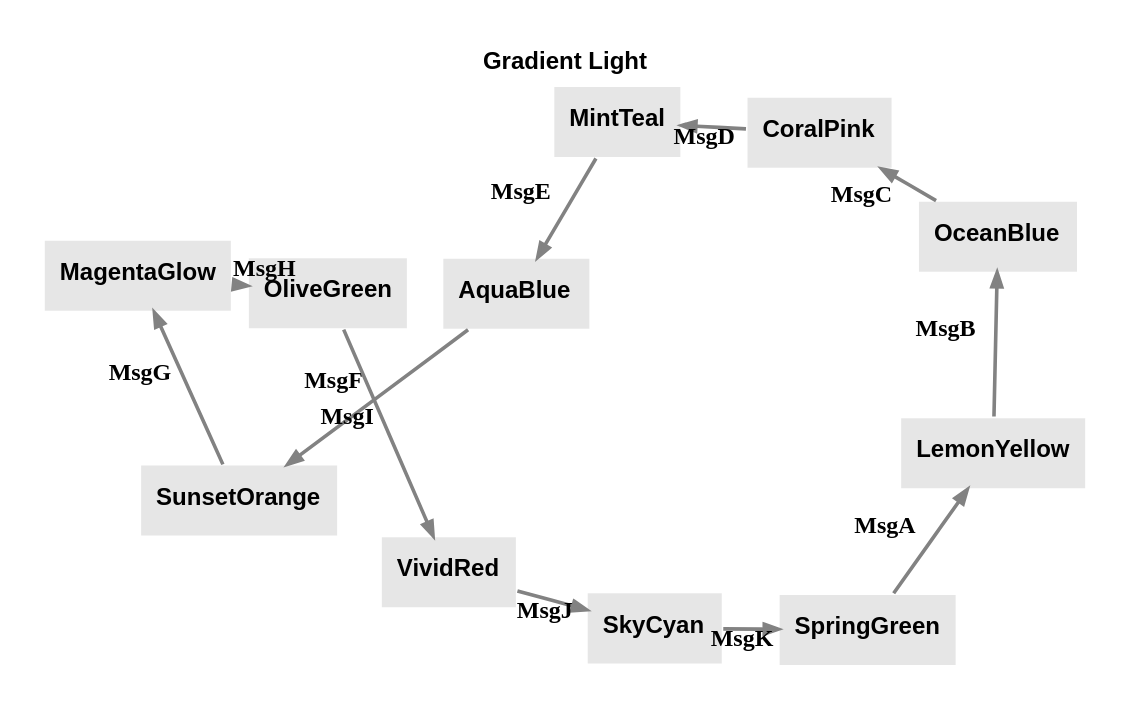
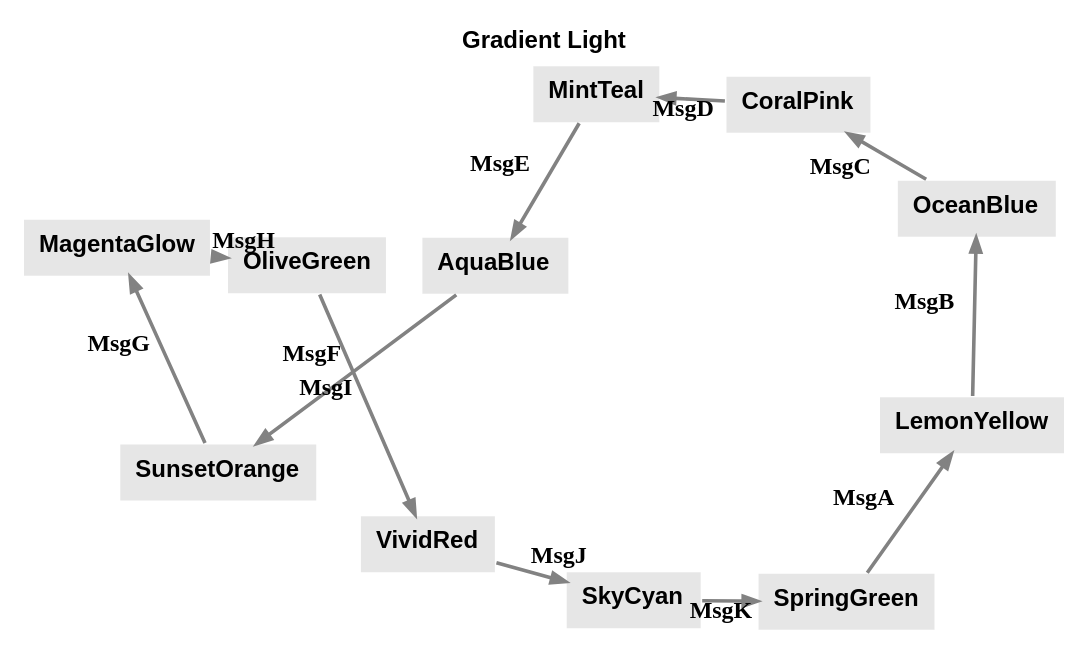
Before and after one commit to m-bock/purescript-transit: the diagram in renders/themes/gradient-light.dot, drawn with Graphviz. The commit also changed 41 other files, not shown here.

Commit message:
Enhance Graphviz integration and update tutorial examples; modify rendering options for various themes, improve state diagram generation for DoorPin and Bridges of Königsberg, and refine documentation for clarity and consistency across examples.

```diff
--- a/renders/themes/gradient-light.dot
+++ b/renders/themes/gradient-light.dot
@@ -1,27 +1,27 @@
 digraph 
 {
-rankdir = "TD";fontname = "Arial";labelloc = "t";fontsize = 12;bgcolor = "#ffffff";color = "#000000";fontcolor = "#000000";pad = 0.2;label = <<b>Gradient Light</b>>
+rankdir = "TD";fontname = "Arial";labelloc = "t";fontsize = 12.0;bgcolor = "#ffffff";color = "#000000";fontcolor = "#000000";label = <<b>Gradient Light</b>>
 graph [layout=sfdp;overlap=false, K=2.5, repulsiveforce=4, splines=true];
-SpringGreen [shape = "box", label = <<b>SpringGreen</b>>, fontsize = 12, style = "filled", fillcolor = "#e6e6e6", fontcolor = "#000000", color = "#ffffff", fontname = "Arial", labelloc = "c", penwidth = 1.0]
-SpringGreen -> LemonYellow [color = "#828282", fontcolor = "#000000", fontsize = 12, arrowsize = "0.7", label = <<b>MsgA</b>>, penwidth = 1.8]
-LemonYellow [shape = "box", label = <<b>LemonYellow</b>>, fontsize = 12, style = "filled", fillcolor = "#e6e6e6", fontcolor = "#000000", color = "#ffffff", fontname = "Arial", labelloc = "c", penwidth = 1.0]
-LemonYellow -> OceanBlue [color = "#828282", fontcolor = "#000000", fontsize = 12, arrowsize = "0.7", label = <<b>MsgB</b>>, penwidth = 1.8]
-OceanBlue [shape = "box", label = <<b>OceanBlue</b>>, fontsize = 12, style = "filled", fillcolor = "#e6e6e6", fontcolor = "#000000", color = "#ffffff", fontname = "Arial", labelloc = "c", penwidth = 1.0]
-OceanBlue -> CoralPink [color = "#828282", fontcolor = "#000000", fontsize = 12, arrowsize = "0.7", label = <<b>MsgC</b>>, penwidth = 1.8]
-CoralPink [shape = "box", label = <<b>CoralPink</b>>, fontsize = 12, style = "filled", fillcolor = "#e6e6e6", fontcolor = "#000000", color = "#ffffff", fontname = "Arial", labelloc = "c", penwidth = 1.0]
-CoralPink -> MintTeal [color = "#828282", fontcolor = "#000000", fontsize = 12, arrowsize = "0.7", label = <<b>MsgD</b>>, penwidth = 1.8]
-MintTeal [shape = "box", label = <<b>MintTeal</b>>, fontsize = 12, style = "filled", fillcolor = "#e6e6e6", fontcolor = "#000000", color = "#ffffff", fontname = "Arial", labelloc = "c", penwidth = 1.0]
-MintTeal -> AquaBlue [color = "#828282", fontcolor = "#000000", fontsize = 12, arrowsize = "0.7", label = <<b>MsgE</b>>, penwidth = 1.8]
-AquaBlue [shape = "box", label = <<b>AquaBlue</b>>, fontsize = 12, style = "filled", fillcolor = "#e6e6e6", fontcolor = "#000000", color = "#ffffff", fontname = "Arial", labelloc = "c", penwidth = 1.0]
-AquaBlue -> SunsetOrange [color = "#828282", fontcolor = "#000000", fontsize = 12, arrowsize = "0.7", label = <<b>MsgF</b>>, penwidth = 1.8]
-SunsetOrange [shape = "box", label = <<b>SunsetOrange</b>>, fontsize = 12, style = "filled", fillcolor = "#e6e6e6", fontcolor = "#000000", color = "#ffffff", fontname = "Arial", labelloc = "c", penwidth = 1.0]
-SunsetOrange -> MagentaGlow [color = "#828282", fontcolor = "#000000", fontsize = 12, arrowsize = "0.7", label = <<b>MsgG</b>>, penwidth = 1.8]
-MagentaGlow [shape = "box", label = <<b>MagentaGlow</b>>, fontsize = 12, style = "filled", fillcolor = "#e6e6e6", fontcolor = "#000000", color = "#ffffff", fontname = "Arial", labelloc = "c", penwidth = 1.0]
-MagentaGlow -> OliveGreen [color = "#828282", fontcolor = "#000000", fontsize = 12, arrowsize = "0.7", label = <<b>MsgH</b>>, penwidth = 1.8]
-OliveGreen [shape = "box", label = <<b>OliveGreen</b>>, fontsize = 12, style = "filled", fillcolor = "#e6e6e6", fontcolor = "#000000", color = "#ffffff", fontname = "Arial", labelloc = "c", penwidth = 1.0]
-OliveGreen -> VividRed [color = "#828282", fontcolor = "#000000", fontsize = 12, arrowsize = "0.7", label = <<b>MsgI</b>>, penwidth = 1.8]
-VividRed [shape = "box", label = <<b>VividRed</b>>, fontsize = 12, style = "filled", fillcolor = "#e6e6e6", fontcolor = "#000000", color = "#ffffff", fontname = "Arial", labelloc = "c", penwidth = 1.0]
-VividRed -> SkyCyan [color = "#828282", fontcolor = "#000000", fontsize = 12, arrowsize = "0.7", label = <<b>MsgJ</b>>, penwidth = 1.8]
-SkyCyan [shape = "box", label = <<b>SkyCyan</b>>, fontsize = 12, style = "filled", fillcolor = "#e6e6e6", fontcolor = "#000000", color = "#ffffff", fontname = "Arial", labelloc = "c", penwidth = 1.0]
-SkyCyan -> SpringGreen [color = "#828282", fontcolor = "#000000", fontsize = 12, arrowsize = "0.7", label = <<b>MsgK</b>>, penwidth = 1.8]
+SpringGreen [shape = "box", label = <<b>SpringGreen</b>>, fontsize = 12.0, style = "filled", fillcolor = "#e6e6e6", fontcolor = "#000000", color = "#ffffff", fontname = "Arial", labelloc = "c", penwidth = 1.0, height = 0.4]
+SpringGreen -> LemonYellow [color = "#828282", fontcolor = "#000000", fontsize = 12.0, arrowsize = "0.7", label = <<b>MsgA</b>>, penwidth = 1.8]
+LemonYellow [shape = "box", label = <<b>LemonYellow</b>>, fontsize = 12.0, style = "filled", fillcolor = "#e6e6e6", fontcolor = "#000000", color = "#ffffff", fontname = "Arial", labelloc = "c", penwidth = 1.0, height = 0.4]
+LemonYellow -> OceanBlue [color = "#828282", fontcolor = "#000000", fontsize = 12.0, arrowsize = "0.7", label = <<b>MsgB</b>>, penwidth = 1.8]
+OceanBlue [shape = "box", label = <<b>OceanBlue</b>>, fontsize = 12.0, style = "filled", fillcolor = "#e6e6e6", fontcolor = "#000000", color = "#ffffff", fontname = "Arial", labelloc = "c", penwidth = 1.0, height = 0.4]
+OceanBlue -> CoralPink [color = "#828282", fontcolor = "#000000", fontsize = 12.0, arrowsize = "0.7", label = <<b>MsgC</b>>, penwidth = 1.8]
+CoralPink [shape = "box", label = <<b>CoralPink</b>>, fontsize = 12.0, style = "filled", fillcolor = "#e6e6e6", fontcolor = "#000000", color = "#ffffff", fontname = "Arial", labelloc = "c", penwidth = 1.0, height = 0.4]
+CoralPink -> MintTeal [color = "#828282", fontcolor = "#000000", fontsize = 12.0, arrowsize = "0.7", label = <<b>MsgD</b>>, penwidth = 1.8]
+MintTeal [shape = "box", label = <<b>MintTeal</b>>, fontsize = 12.0, style = "filled", fillcolor = "#e6e6e6", fontcolor = "#000000", color = "#ffffff", fontname = "Arial", labelloc = "c", penwidth = 1.0, height = 0.4]
+MintTeal -> AquaBlue [color = "#828282", fontcolor = "#000000", fontsize = 12.0, arrowsize = "0.7", label = <<b>MsgE</b>>, penwidth = 1.8]
+AquaBlue [shape = "box", label = <<b>AquaBlue</b>>, fontsize = 12.0, style = "filled", fillcolor = "#e6e6e6", fontcolor = "#000000", color = "#ffffff", fontname = "Arial", labelloc = "c", penwidth = 1.0, height = 0.4]
+AquaBlue -> SunsetOrange [color = "#828282", fontcolor = "#000000", fontsize = 12.0, arrowsize = "0.7", label = <<b>MsgF</b>>, penwidth = 1.8]
+SunsetOrange [shape = "box", label = <<b>SunsetOrange</b>>, fontsize = 12.0, style = "filled", fillcolor = "#e6e6e6", fontcolor = "#000000", color = "#ffffff", fontname = "Arial", labelloc = "c", penwidth = 1.0, height = 0.4]
+SunsetOrange -> MagentaGlow [color = "#828282", fontcolor = "#000000", fontsize = 12.0, arrowsize = "0.7", label = <<b>MsgG</b>>, penwidth = 1.8]
+MagentaGlow [shape = "box", label = <<b>MagentaGlow</b>>, fontsize = 12.0, style = "filled", fillcolor = "#e6e6e6", fontcolor = "#000000", color = "#ffffff", fontname = "Arial", labelloc = "c", penwidth = 1.0, height = 0.4]
+MagentaGlow -> OliveGreen [color = "#828282", fontcolor = "#000000", fontsize = 12.0, arrowsize = "0.7", label = <<b>MsgH</b>>, penwidth = 1.8]
+OliveGreen [shape = "box", label = <<b>OliveGreen</b>>, fontsize = 12.0, style = "filled", fillcolor = "#e6e6e6", fontcolor = "#000000", color = "#ffffff", fontname = "Arial", labelloc = "c", penwidth = 1.0, height = 0.4]
+OliveGreen -> VividRed [color = "#828282", fontcolor = "#000000", fontsize = 12.0, arrowsize = "0.7", label = <<b>MsgI</b>>, penwidth = 1.8]
+VividRed [shape = "box", label = <<b>VividRed</b>>, fontsize = 12.0, style = "filled", fillcolor = "#e6e6e6", fontcolor = "#000000", color = "#ffffff", fontname = "Arial", labelloc = "c", penwidth = 1.0, height = 0.4]
+VividRed -> SkyCyan [color = "#828282", fontcolor = "#000000", fontsize = 12.0, arrowsize = "0.7", label = <<b>MsgJ</b>>, penwidth = 1.8]
+SkyCyan [shape = "box", label = <<b>SkyCyan</b>>, fontsize = 12.0, style = "filled", fillcolor = "#e6e6e6", fontcolor = "#000000", color = "#ffffff", fontname = "Arial", labelloc = "c", penwidth = 1.0, height = 0.4]
+SkyCyan -> SpringGreen [color = "#828282", fontcolor = "#000000", fontsize = 12.0, arrowsize = "0.7", label = <<b>MsgK</b>>, penwidth = 1.8]
 }
```
